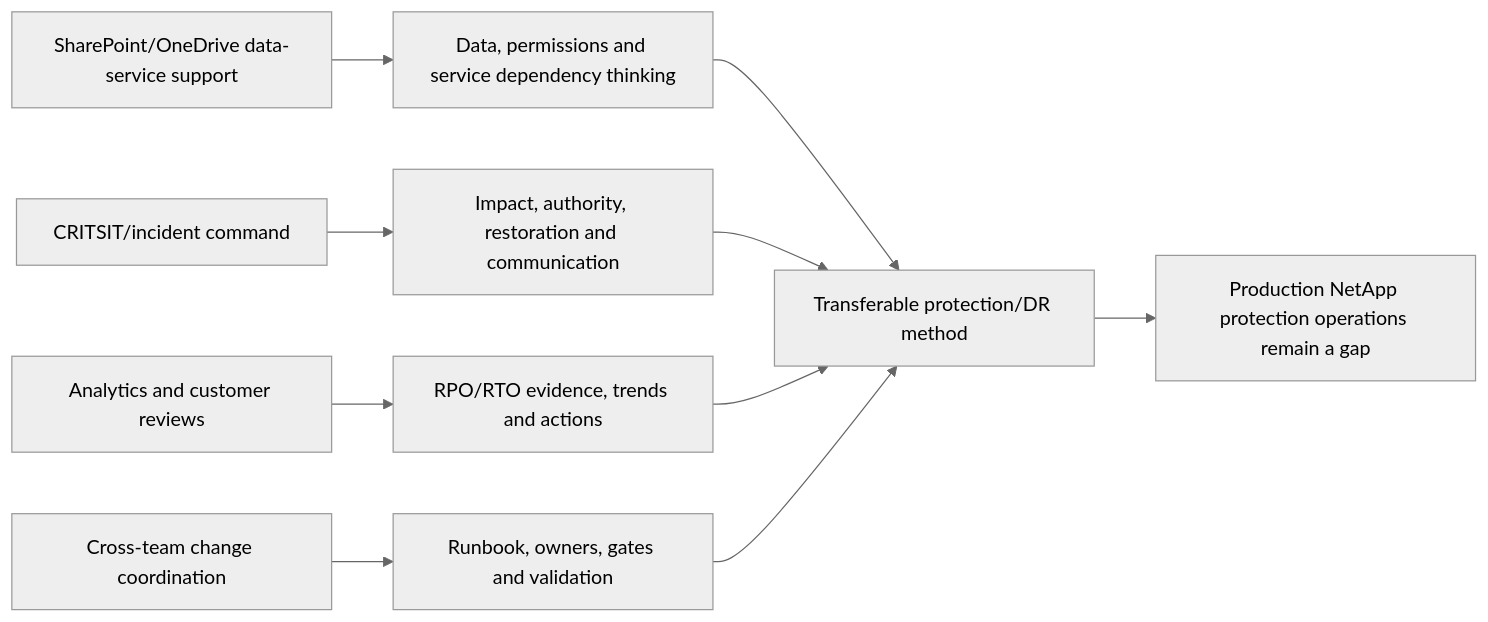
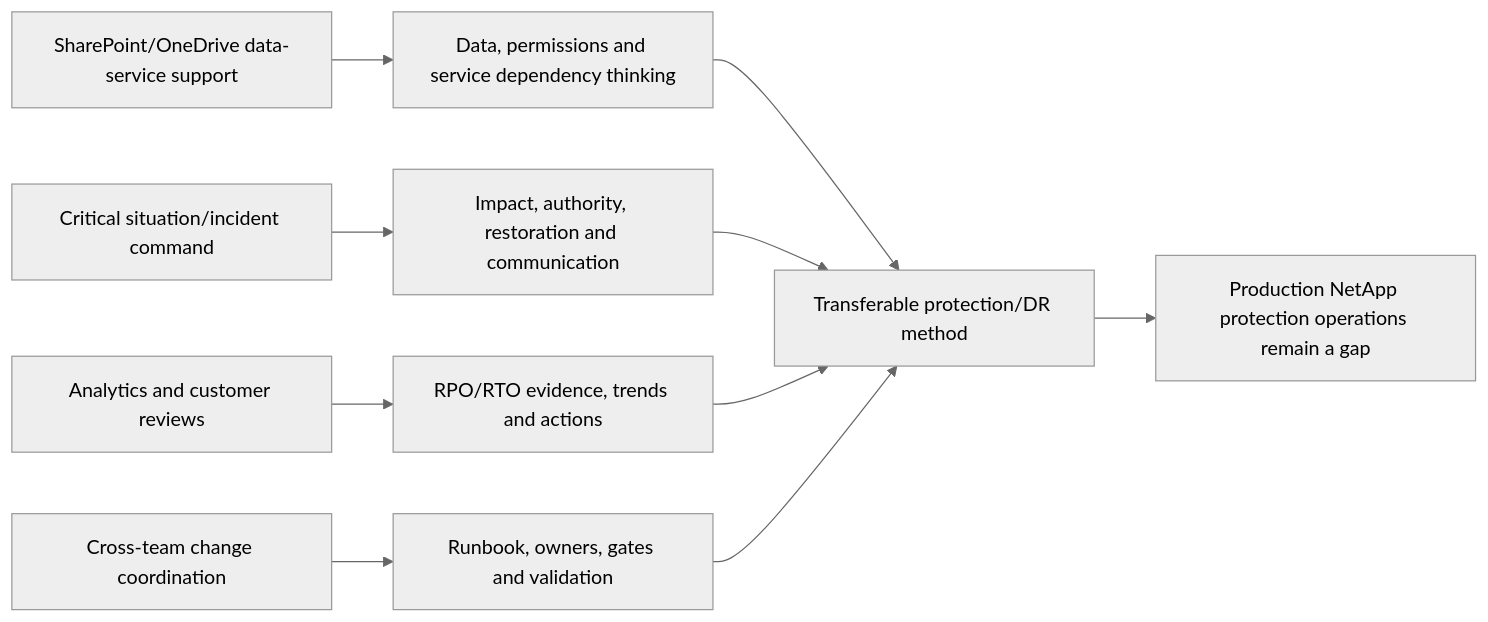
Before and after one commit to hichauhan-in/Interview-Prep: diagram 23 of 24 in NetApp TAM/prep/Part-78-replication-backup-dr-scenarios.md, drawn with Mermaid (neutral theme). The commit also changed other lines of this file and 493 other files, not shown here.

````diff
--- a/NetApp TAM/prep/Part-78-replication-backup-dr-scenarios.md
+++ b/NetApp TAM/prep/Part-78-replication-backup-dr-scenarios.md
@@ -577,12 +577,12 @@
 ```mermaid
 flowchart LR
     DATA[SharePoint/OneDrive data-service support] --> CONS[Data, permissions and service dependency thinking]
-    CRIT[CRITSIT/incident command] --> DR[Impact, authority, restoration and communication]
+    CRIT[Critical situation/incident command] --> DR[Impact, authority, restoration and communication]
     ANALYTICS[Analytics and customer reviews] --> RISK[RPO/RTO evidence, trends and actions]
     CHANGE[Cross-team change coordination] --> RUN[Runbook, owners, gates and validation]
     CONS --> TRANS[Transferable protection/DR method]
     DR --> TRANS
     RISK --> TRANS
     RUN --> TRANS
     TRANS --> GAP[Production NetApp protection operations remain a gap]
 ```
````
